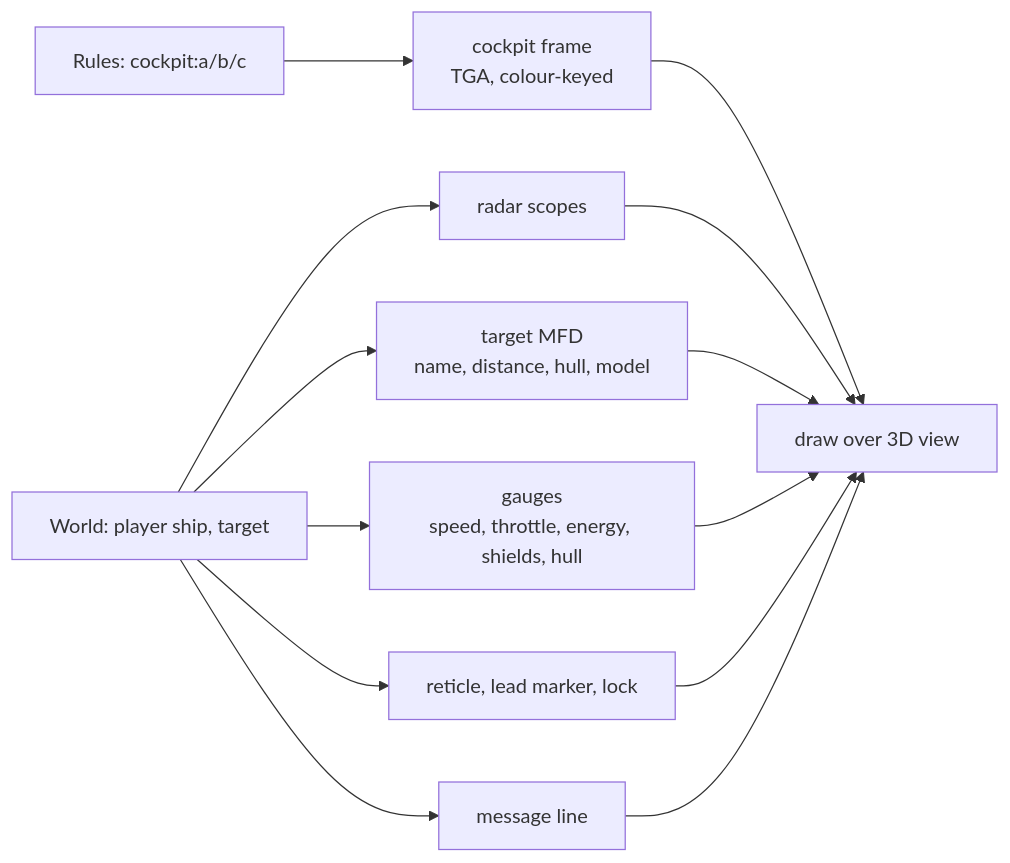
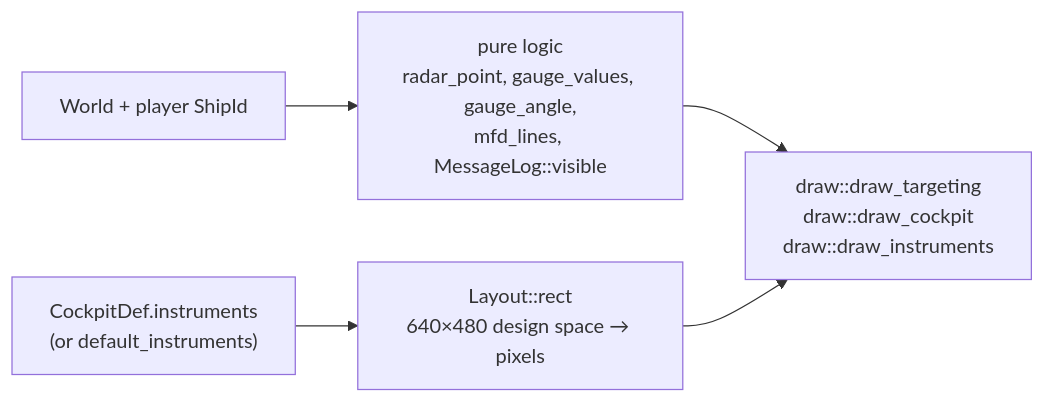
The diagram in docs/architecture/hud.md (bbogovich/OpenInterceptor), drawn with Mermaid before and after one commit. The commit also changed other lines of this file and 48 other files, not shown here.

````diff
--- a/docs/architecture/hud.md
+++ b/docs/architecture/hud.md
@@ -7,15 +9,7 @@
 ```mermaid
 flowchart LR
-    R["Rules: cockpit:a/b/c"] --> CF["cockpit frame<br/>TGA, colour-keyed"]
-    W["World: player ship, target"] --> RA["radar scopes"]
-    W --> MF["target MFD<br/>name, distance, hull, model"]
-    W --> GA["gauges<br/>speed, throttle, energy, shields, hull"]
-    W --> RE["reticle, lead marker, lock"]
-    W --> MS["message line"]
-    CF --> D["draw over 3D view"]
-    RA --> D
-    MF --> D
-    GA --> D
-    RE --> D
-    MS --> D
+    W["World + player ShipId"] --> L["pure logic<br/>radar_point, gauge_values, gauge_angle,<br/>mfd_lines, MessageLog::visible"]
+    CK["CockpitDef.instruments<br/>(or default_instruments)"] --> LY["Layout::rect<br/>640×480 design space → pixels"]
+    L --> D["draw::draw_targeting<br/>draw::draw_cockpit<br/>draw::draw_instruments"]
+    LY --> D
 ```
````
